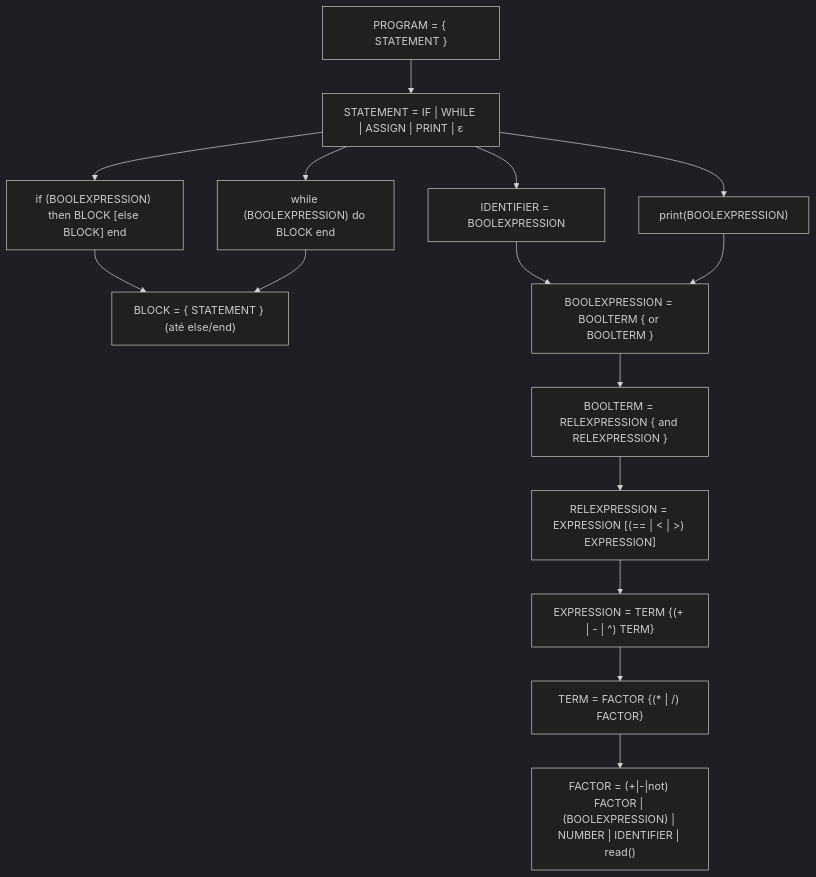
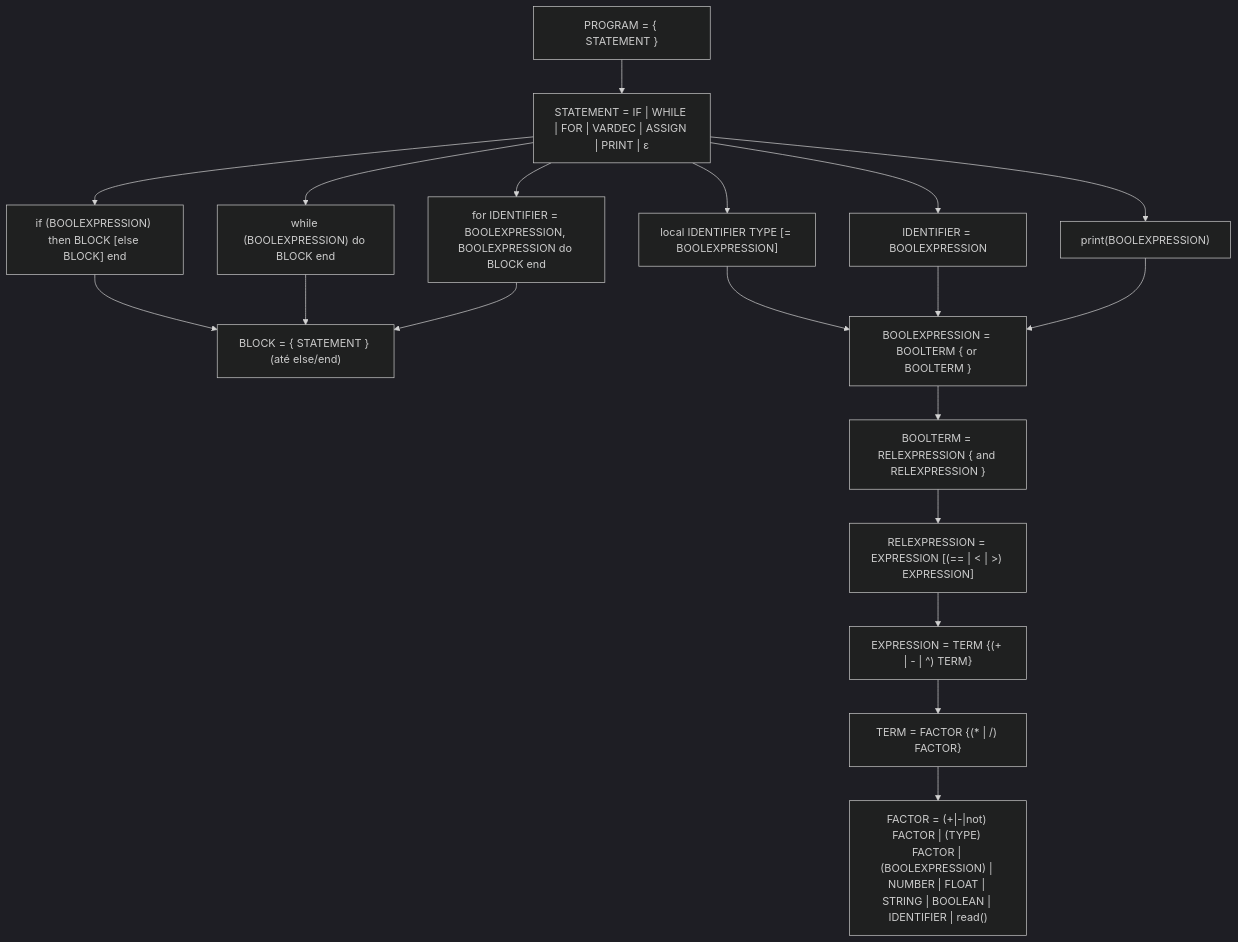
The diagram in README.md (viniciusgomes2005/logcomp-dart-compiler), drawn with Mermaid (dark theme) before and after one commit. The commit also changed other lines of this file and 2 other files, not shown here.

Commit message:
fix: update test files to use local variable declarations with types

````diff
--- a/README.md
+++ b/README.md
@@ -13,31 +13,37 @@
 ```mermaid
 flowchart TD
   PROGRAM["PROGRAM = { STATEMENT }"]
-  STATEMENT["STATEMENT = IF | WHILE | ASSIGN | PRINT | ε"]
+  STATEMENT["STATEMENT = IF | WHILE | FOR | VARDEC | ASSIGN | PRINT | ε"]
   IFST["if (BOOLEXPRESSION) then BLOCK [else BLOCK] end"]
   WHILEST["while (BOOLEXPRESSION) do BLOCK end"]
+  FORST["for IDENTIFIER = BOOLEXPRESSION, BOOLEXPRESSION do BLOCK end"]
+  VARDEC["local IDENTIFIER TYPE [= BOOLEXPRESSION]"]
   ASSIGN["IDENTIFIER = BOOLEXPRESSION"]
   PRINT["print(BOOLEXPRESSION)"]
   BLOCK["BLOCK = { STATEMENT } (até else/end)"]
   BEXP["BOOLEXPRESSION = BOOLTERM { or BOOLTERM }"]
   BTERM["BOOLTERM = RELEXPRESSION { and RELEXPRESSION }"]
   REXP["RELEXPRESSION = EXPRESSION [(== | < | >) EXPRESSION]"]
   EXP["EXPRESSION = TERM {(+ | - | ^) TERM}"]
   TERM["TERM = FACTOR {(* | /) FACTOR}"]
-  FACTOR["FACTOR = (+|-|not) FACTOR | (BOOLEXPRESSION) | NUMBER | IDENTIFIER | read()"]
+  FACTOR["FACTOR = (+|-|not) FACTOR | (TYPE) FACTOR | (BOOLEXPRESSION) | NUMBER | FLOAT | STRING | BOOLEAN | IDENTIFIER | read()"]
 
   PROGRAM --> STATEMENT
   STATEMENT --> IFST
   STATEMENT --> WHILEST
+  STATEMENT --> FORST
+  STATEMENT --> VARDEC
   STATEMENT --> ASSIGN
   STATEMENT --> PRINT
   IFST --> BLOCK
   WHILEST --> BLOCK
+  FORST --> BLOCK
+  VARDEC --> BEXP
   ASSIGN --> BEXP
   PRINT --> BEXP
   BEXP --> BTERM
   BTERM --> REXP
   REXP --> EXP
   EXP --> TERM
   TERM --> FACTOR
 ```
````
